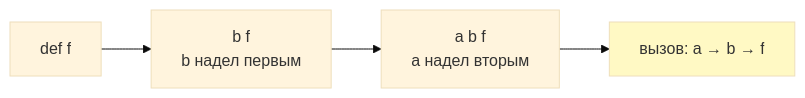
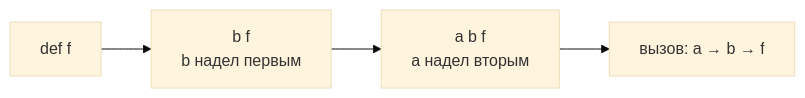
One commit to JayStorm228/College changed the fifth of 6 diagrams in 02_Курсы/01. Инженерные практики Python/01_Лекции/07. Декораторы.md. Above: the diagram before and after it, drawn with Mermaid (base theme). The commit also changed other lines of this file and 30 other files, not shown here.

First line of the commit message:
переименование NumPy лекций под академические заголовки + стандартные диаграммы

````diff
--- a/02_Курсы/01. Инженерные практики Python/01_Лекции/07. Декораторы.md
+++ b/02_Курсы/01. Инженерные практики Python/01_Лекции/07. Декораторы.md
@@ -307,7 +299,6 @@
 ```mermaid
 flowchart LR
   F[def f] --> B[b f<br>b надел первым]
   B --> A[a b f<br>a надел вторым]
   A --> Call[вызов: a → b → f]
-  style Call fill:#fff9c4
 ```
````
